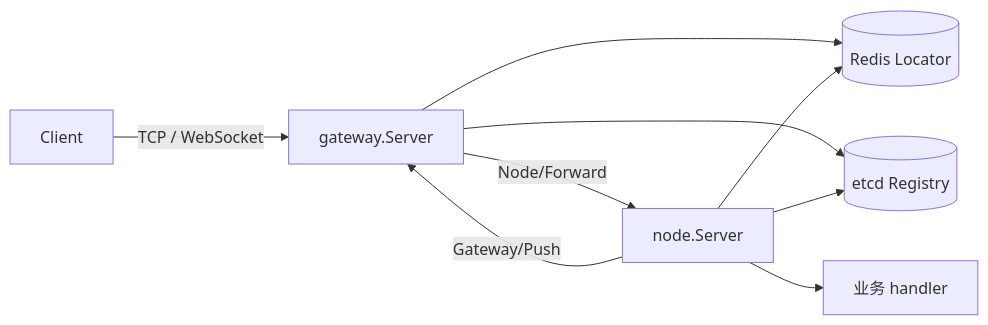
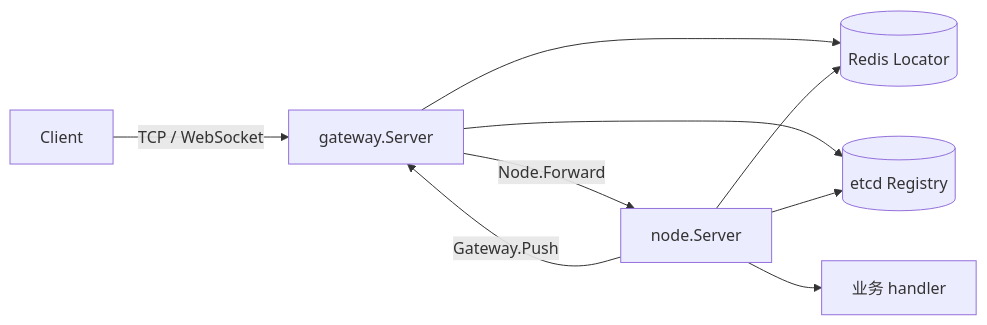
The diagram in docs/architecture.md (yola1107/yola), drawn with Mermaid before and after one commit. The commit also changed other lines of this file and 7 other files, not shown here.

````diff
--- a/docs/architecture.md
+++ b/docs/architecture.md
@@ -18,11 +7,11 @@
 ```mermaid
 flowchart LR
     C[Client] -->|TCP / WebSocket| G[gateway.Server]
-    G -->|Node/Forward| N[node.Server]
-    N -->|Gateway/Push| G
+    G -->|Node.Forward| N[node.Server]
+    N -->|Gateway.Push| G
     G --> R[(Redis Locator)]
     N --> R
     G --> E[(etcd Registry)]
     N --> E
     N --> H[业务 handler]
 ```
````
